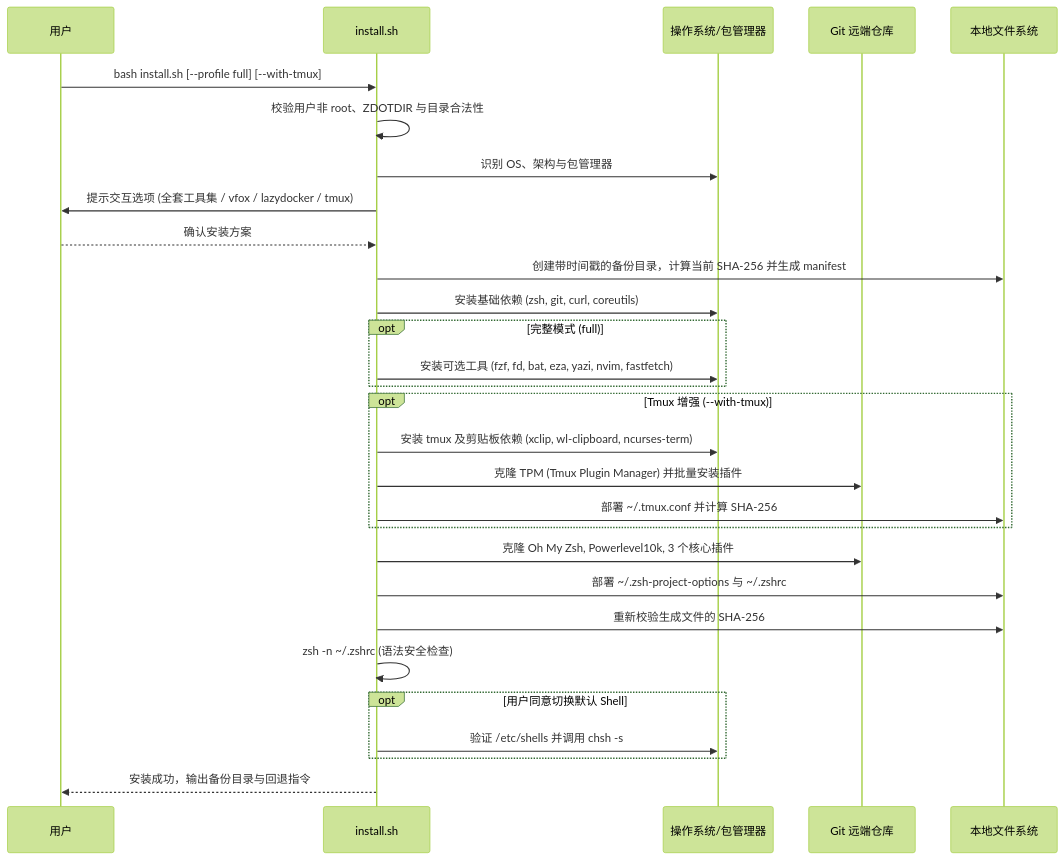
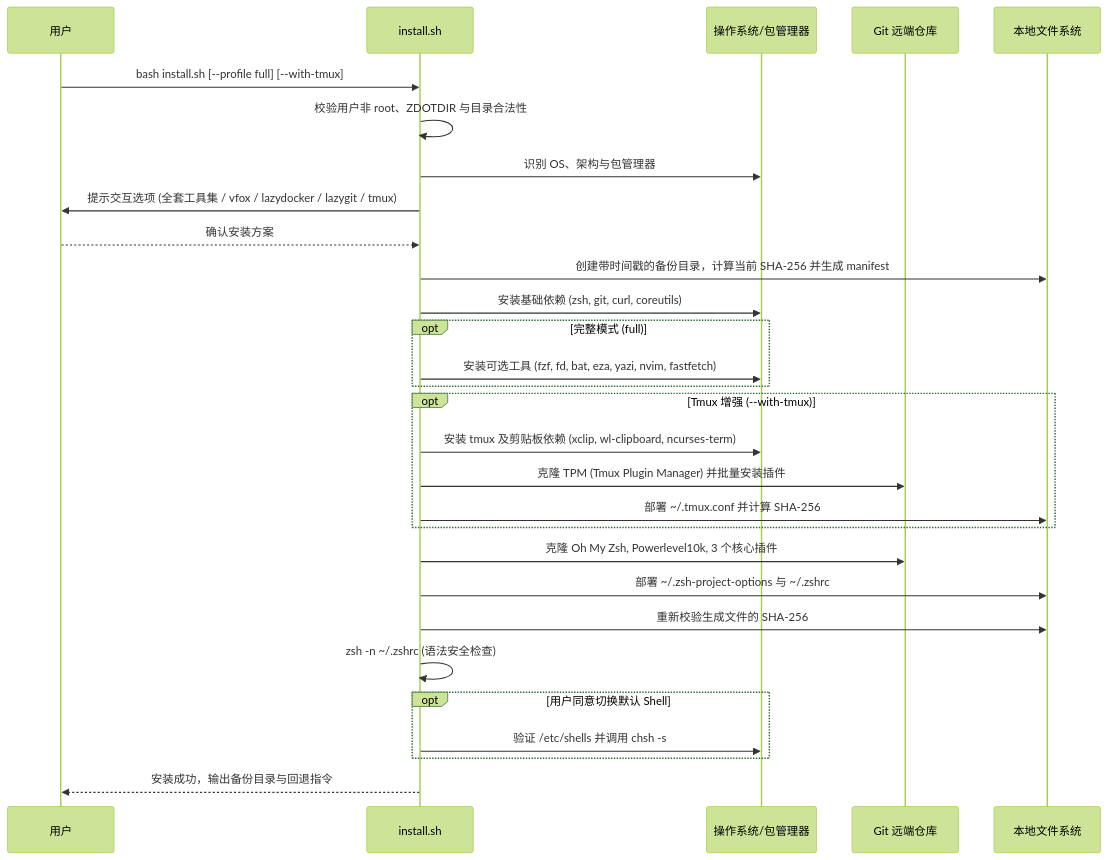
Before and after one commit to vicky-clair/xao_Rui_is-one-lick-configuration-script-for-ZSH: the second of 3 diagrams in DEVELOPMENT.md, drawn with Mermaid (forest theme). The commit also changed other lines of this file and 11 other files, not shown here.

````diff
--- a/DEVELOPMENT.md
+++ b/DEVELOPMENT.md
@@ -257,32 +257,32 @@
 ```mermaid
 sequenceDiagram
     participant User as 用户
     participant Installer as install.sh
     participant System as 操作系统/包管理器
     participant Git as Git 远端仓库
     participant FS as 本地文件系统
 
     User->>Installer: bash install.sh [--profile full] [--with-tmux]
     Installer->>Installer: 校验用户非 root、ZDOTDIR 与目录合法性
     Installer->>System: 识别 OS、架构与包管理器
-    Installer->>User: 提示交互选项 (全套工具集 / vfox / lazydocker / tmux)
+    Installer->>User: 提示交互选项 (全套工具集 / vfox / lazydocker / lazygit / tmux)
     User-->>Installer: 确认安装方案
     Installer->>FS: 创建带时间戳的备份目录，计算当前 SHA-256 并生成 manifest
     Installer->>System: 安装基础依赖 (zsh, git, curl, coreutils)
     opt 完整模式 (full)
         Installer->>System: 安装可选工具 (fzf, fd, bat, eza, yazi, nvim, fastfetch)
     end
     opt Tmux 增强 (--with-tmux)
         Installer->>System: 安装 tmux 及剪贴板依赖 (xclip, wl-clipboard, ncurses-term)
         Installer->>Git: 克隆 TPM (Tmux Plugin Manager) 并批量安装插件
         Installer->>FS: 部署 ~/.tmux.conf 并计算 SHA-256
     end
     Installer->>Git: 克隆 Oh My Zsh, Powerlevel10k, 3 个核心插件
     Installer->>FS: 部署 ~/.zsh-project-options 与 ~/.zshrc
     Installer->>FS: 重新校验生成文件的 SHA-256
     Installer->>Installer: zsh -n ~/.zshrc (语法安全检查)
     opt 用户同意切换默认 Shell
         Installer->>System: 验证 /etc/shells 并调用 chsh -s
     end
     Installer-->>User: 安装成功，输出备份目录与回退指令
 ```
````
